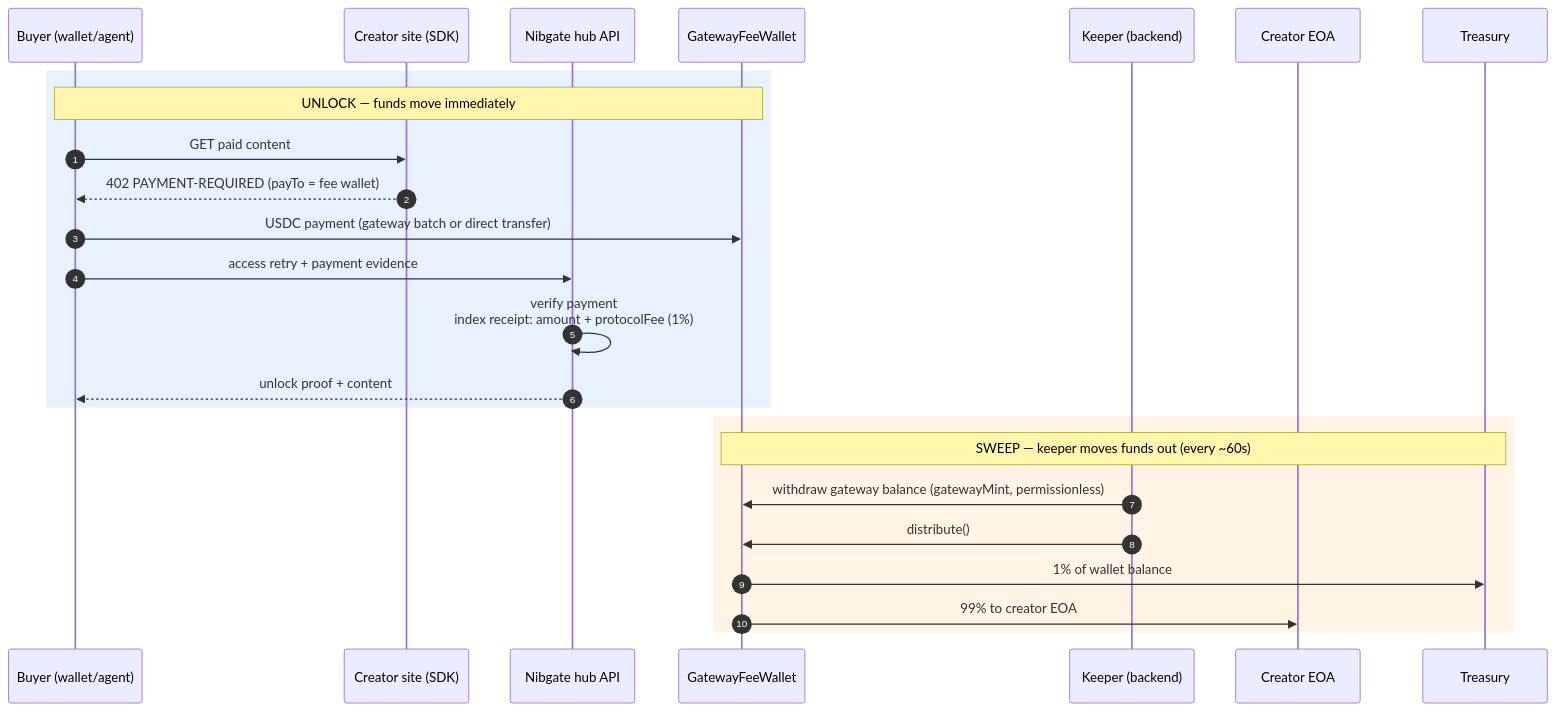
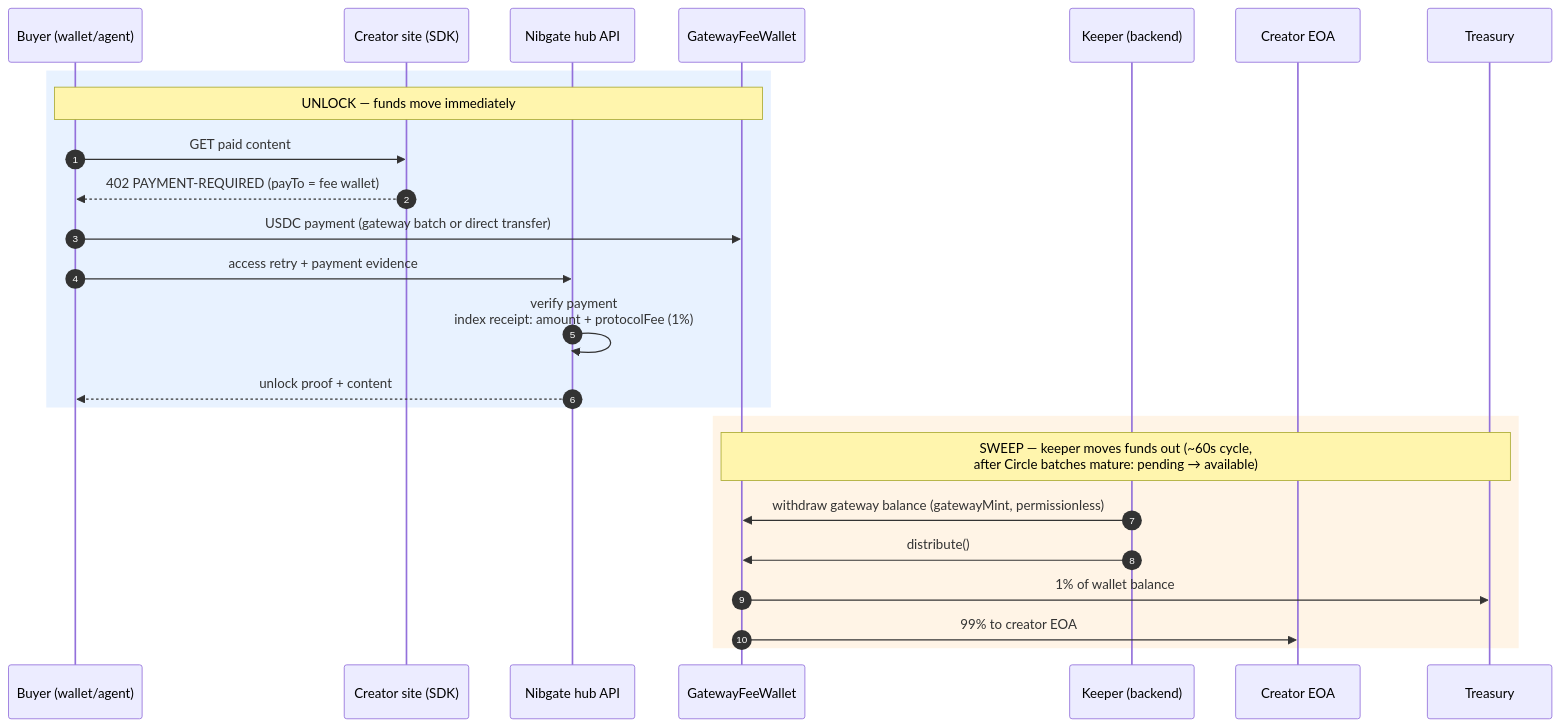
One commit to fortunesayspump/nibgate changed the second of 2 diagrams in docs/src/app/revenue-model/page.mdx. Above: the diagram before and after it, drawn with Mermaid. The commit also changed other lines of this file and 14 other files, not shown here.

````diff
--- a/docs/src/app/revenue-model/page.mdx
+++ b/docs/src/app/revenue-model/page.mdx
@@ -56,29 +66,29 @@
 ```mermaid
 sequenceDiagram
     autonumber
     participant Buyer as Buyer (wallet/agent)
     participant Site as Creator site (SDK)
     participant Hub as Nibgate hub API
     participant FW as GatewayFeeWallet
     participant K as Keeper (backend)
     participant C as Creator EOA
     participant T as Treasury
 
     rect rgb(232, 242, 255)
     Note over Buyer,FW: UNLOCK — funds move immediately
     Buyer->>Site: GET paid content
     Site-->>Buyer: 402 PAYMENT-REQUIRED (payTo = fee wallet)
     Buyer->>FW: USDC payment (gateway batch or direct transfer)
     Buyer->>Hub: access retry + payment evidence
     Hub->>Hub: verify payment<br/>index receipt: amount + protocolFee (1%)
     Hub-->>Buyer: unlock proof + content
     end
 
     rect rgb(255, 244, 230)
-    Note over FW,T: SWEEP — keeper moves funds out (every ~60s)
+    Note over FW,T: SWEEP — keeper moves funds out (~60s cycle,<br/>after Circle batches mature: pending → available)
     K->>FW: withdraw gateway balance (gatewayMint, permissionless)
     K->>FW: distribute()
     FW->>T: 1% of wallet balance
     FW->>C: 99% to creator EOA
     end
 ```
````
